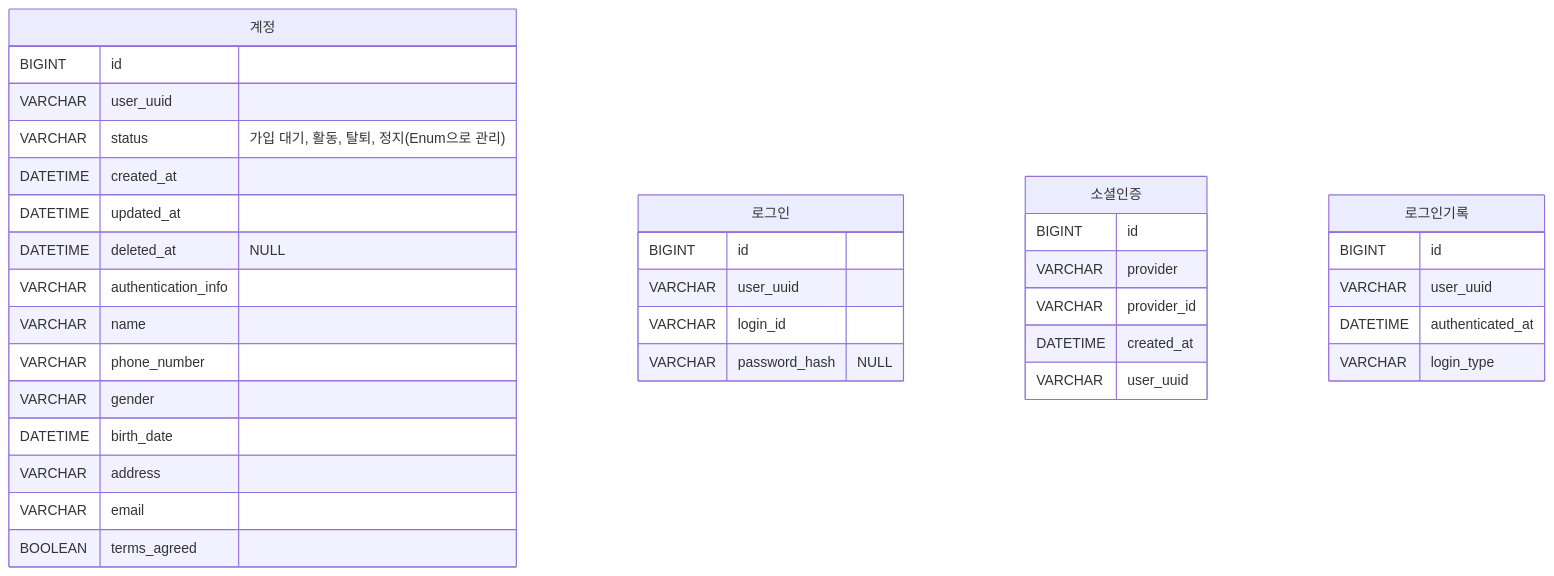
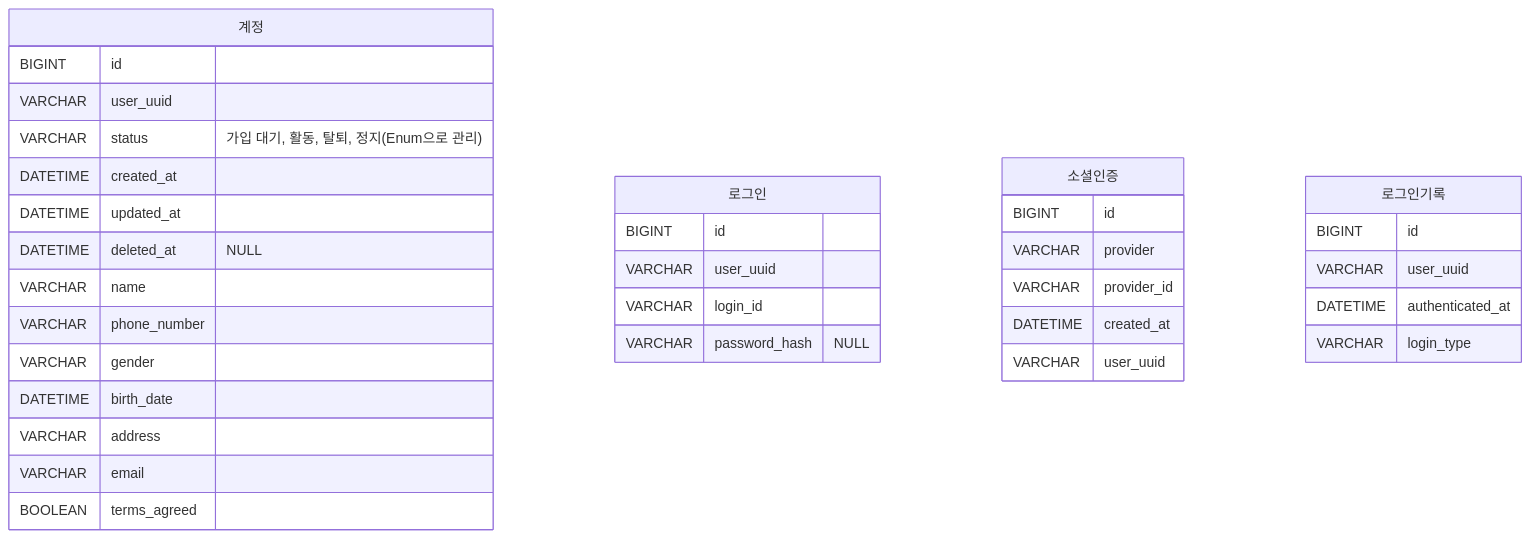
The first of 7 diagrams in docs/erd.md (louie-kury/louie-kury-document), drawn with Mermaid before and after one commit. The commit also changed other lines of this file, not shown here.

````diff
--- a/docs/erd.md
+++ b/docs/erd.md
@@ -41,38 +41,37 @@
 ```mermaid
 erDiagram
     "계정" {
         BIGINT id
         VARCHAR user_uuid
         VARCHAR status "가입 대기, 활동, 탈퇴, 정지(Enum으로 관리)"
         DATETIME created_at
         DATETIME updated_at
         DATETIME deleted_at "NULL"
-        VARCHAR authentication_info
         VARCHAR name
         VARCHAR phone_number
         VARCHAR gender
         DATETIME birth_date
         VARCHAR address
         VARCHAR email
         BOOLEAN terms_agreed
     }
     "로그인" {
         BIGINT id
         VARCHAR user_uuid
         VARCHAR login_id
         VARCHAR password_hash "NULL"
     }
     "소셜인증" {
         BIGINT id
         VARCHAR provider
         VARCHAR provider_id
         DATETIME created_at
         VARCHAR user_uuid
     }
     "로그인기록" {
         BIGINT id
         VARCHAR user_uuid
         DATETIME authenticated_at
         VARCHAR login_type
     }
 ```
````
